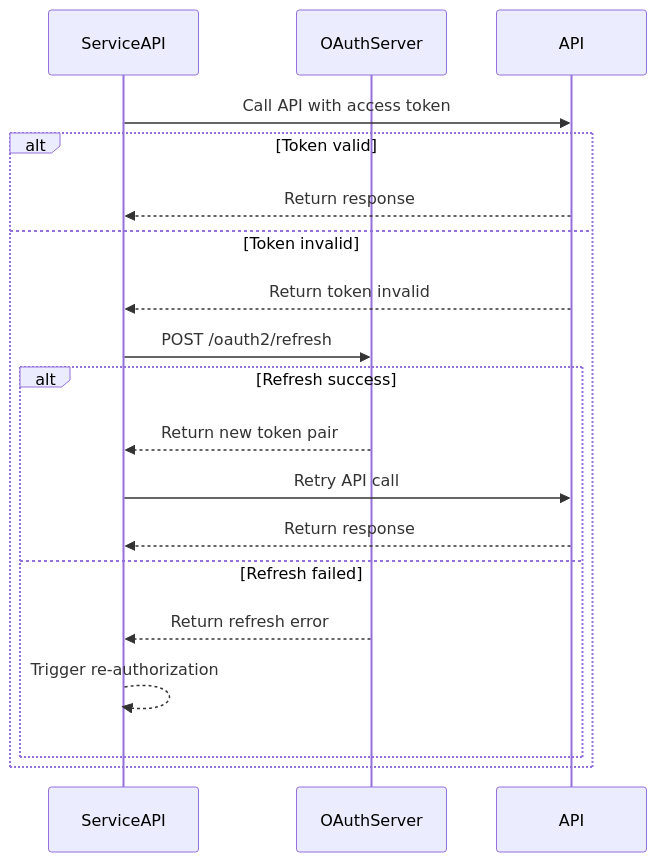
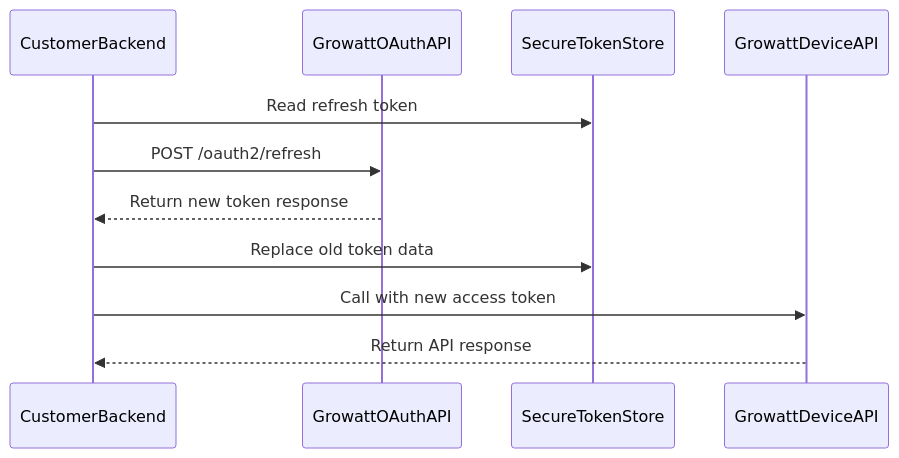
One commit to EugeneJian/growatt-unified-api changed the second of 2 diagrams in Growatt API/OPENAPI/03_api_refresh.md. Above: the diagram before and after it, drawn with Mermaid. The commit also changed other lines of this file and 46 other files, not shown here.

````diff
--- a/Growatt API/OPENAPI/03_api_refresh.md
+++ b/Growatt API/OPENAPI/03_api_refresh.md
@@ -34,23 +28,14 @@
 ```mermaid
-%% 本代码严格遵循AI生成Mermaid代码的终极准则v4.1（Mermaid终极大师）
 sequenceDiagram
-    participant Service as ServiceAPI
-    participant OAuth as OAuthServer
-    participant API as API
+    participant Backend as CustomerBackend
+    participant OAuth as GrowattOAuthAPI
+    participant Store as SecureTokenStore
+    participant API as GrowattDeviceAPI
 
-    Service->>API: Call API with access token
-    alt Token valid
-        API-->>Service: Return response
-    else Token invalid
-        API-->>Service: Return token invalid
-        Service->>OAuth: POST /oauth2/refresh
-        alt Refresh success
-            OAuth-->>Service: Return new token pair
-            Service->>API: Retry API call
-            API-->>Service: Return response
-        else Refresh failed
-            OAuth-->>Service: Return refresh error
-            Service-->>Service: Trigger re-authorization
-        end
-    end
+    Backend->>Store: Read refresh token
+    Backend->>OAuth: POST /oauth2/refresh
+    OAuth-->>Backend: Return new token response
+    Backend->>Store: Replace old token data
+    Backend->>API: Call with new access token
+    API-->>Backend: Return API response
 ```
````
